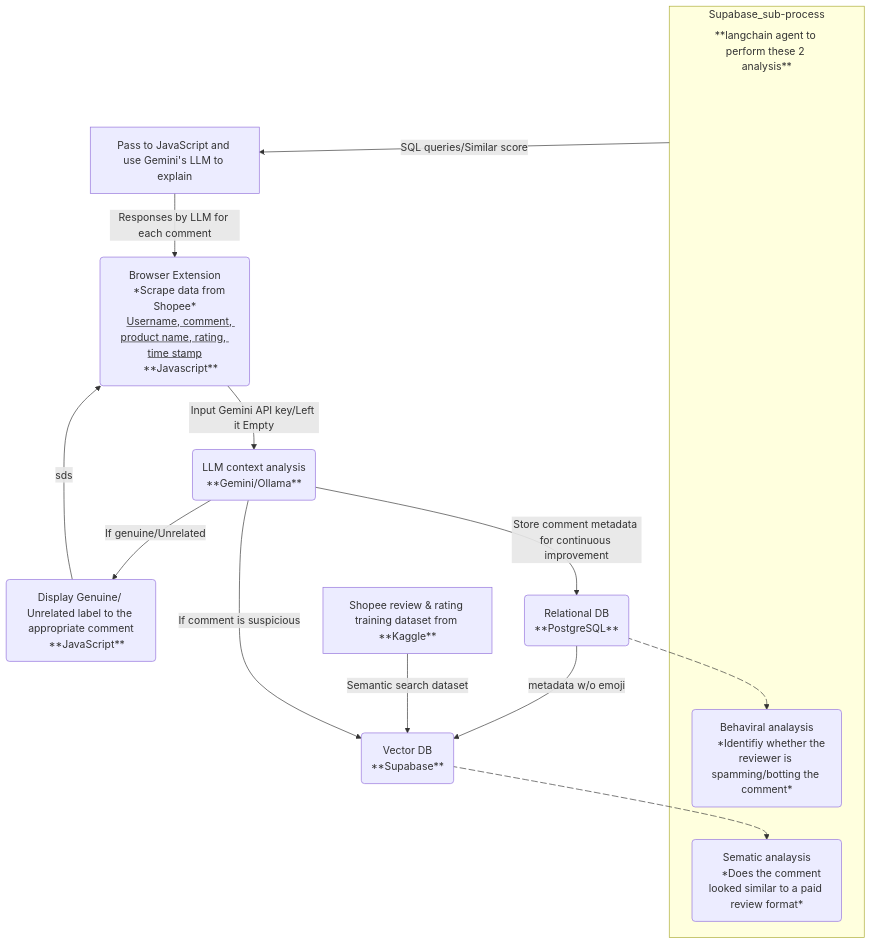
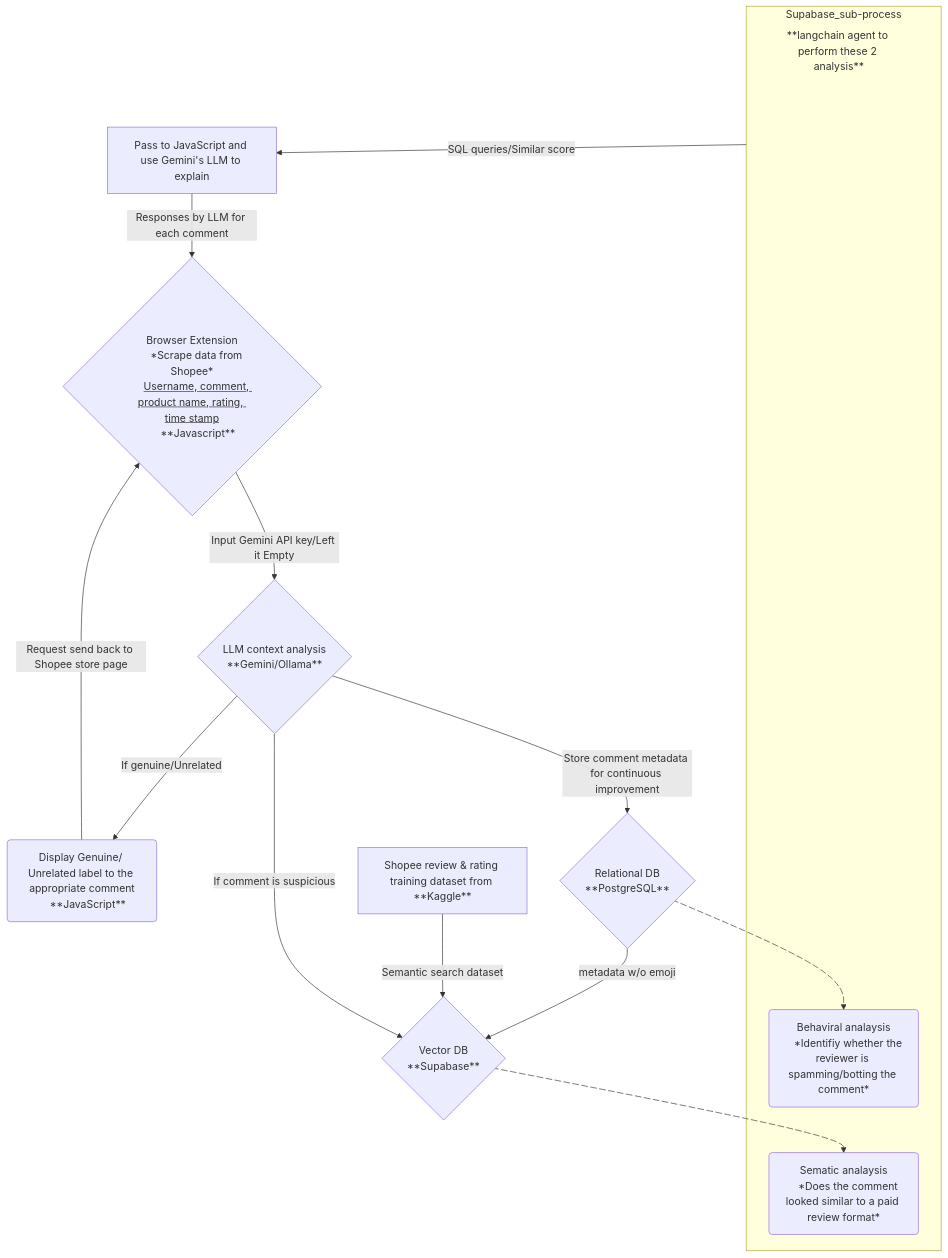
The diagram in README.md (tzhenyu/SpotCheck), drawn with Mermaid before and after one commit.

Commit message:
minor correction on mermaid diagram

````diff
--- a/README.md
+++ b/README.md
@@ -12,53 +12,50 @@
 ``` mermaid
 ---
 config:
   layout: dagre
 ---
 flowchart TD
 
     P1 -- Responses by LLM for each comment --> EX
-    JD1 -- sds --> EX
+    JD1 -- Request send back to Shopee store page --> EX
     KDB[Shopee review & rating training dataset from **Kaggle**] -- Semantic search dataset --> VDB
-    EX(Browser Extension
+    EX{Browser Extension
     *Scrape data from Shopee*
     <u>Username, comment, product name, rating, time stamp</u>
-    **Javascript**) -- Input Gemini API key/Left it Empty --> LLMCA(LLM context analysis
-    **Gemini/Ollama**)
+    **Javascript**} -- Input Gemini API key/Left it Empty --> LLMCA{LLM context analysis
+    **Gemini/Ollama**}
 
-    LLMCA -- Store comment metadata for continuous improvement --> DB("Relational DB
-    **PostgreSQL**")
+    LLMCA -- Store comment metadata for continuous improvement --> DB{"Relational DB
+    **PostgreSQL**"}
     LLMCA  -- If comment is suspicious --> VDB
     LLMCA -- If genuine/Unrelated --> JD1(Display Genuine/ Unrelated label to the appropriate comment
     **JavaScript**)
   
 
-    DB -- metadata w/o emoji --> VDB("Vector DB
-    **Supabase**")
+    DB -- metadata w/o emoji --> VDB{"Vector DB
+    **Supabase**"}
      n1[**langchain agent to perform these 2 analysis**]
     n1@{ shape: text}
     
     subgraph Supabase_sub-process
         SA
         n1
         BA
     end
    
     VDB e1@--> SA(Sematic analaysis
     *Does the comment looked similar to a paid review format*)
     e1@{ animate: true }
 
     DB e2@--> BA(Behaviral analaysis
     *Identifiy whether the reviewer is spamming/botting the comment*)
     e2@{ animate: true }
     
     
     Supabase_sub-process -- SQL queries/Similar score --> P1[Pass to JavaScript and use Gemini's LLM to explain]
-
-    
-    
     
 
 
 
 
 ```
````
